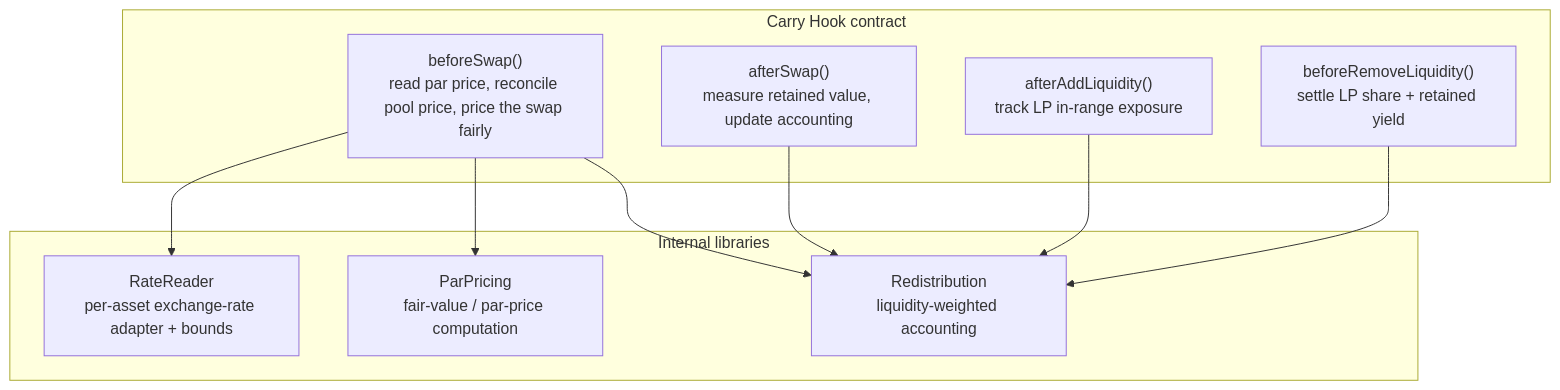
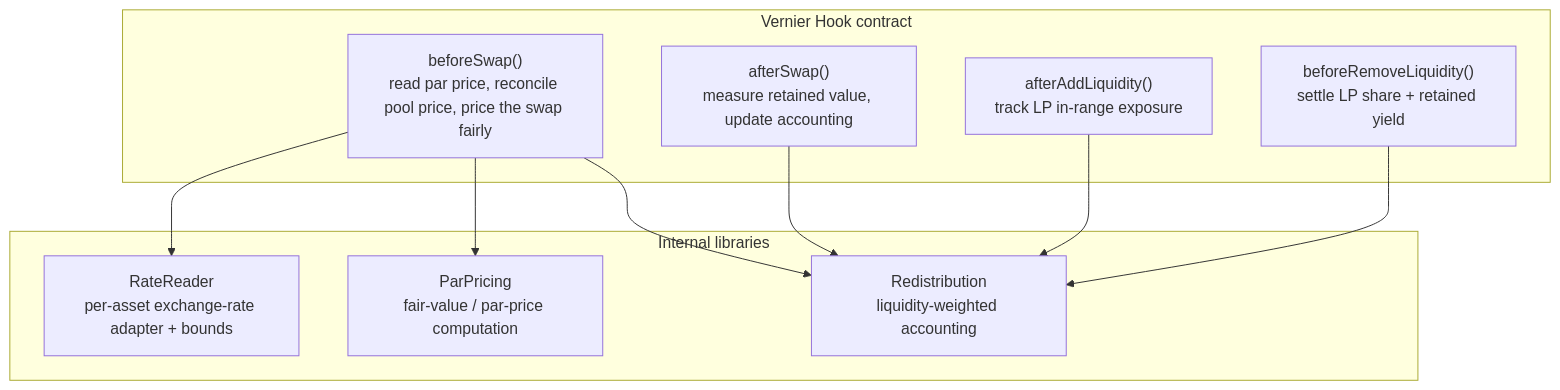
Before and after one commit to Spagero763/vernier: the second of 3 diagrams in docs/architecture.md, drawn with Mermaid. The commit also changed other lines of this file and 18 other files, not shown here.

````diff
--- a/docs/architecture.md
+++ b/docs/architecture.md
@@ -20,22 +20,22 @@
 ```mermaid
 flowchart TB
-    subgraph Hook["Carry Hook contract"]
+    subgraph Hook["Vernier Hook contract"]
         BS["beforeSwap()\nread par price, reconcile pool price, price the swap fairly"]
         AS["afterSwap()\nmeasure retained value, update accounting"]
         AL["afterAddLiquidity()\ntrack LP in-range exposure"]
         RL["beforeRemoveLiquidity()\nsettle LP share + retained yield"]
     end
 
     subgraph Libs["Internal libraries"]
         RATE["RateReader\nper-asset exchange-rate adapter + bounds"]
         PRICE["ParPricing\nfair-value / par-price computation"]
         DIST["Redistribution\nliquidity-weighted accounting"]
     end
 
     BS --> RATE
     BS --> PRICE
     BS --> DIST
     AS --> DIST
     AL --> DIST
     RL --> DIST
 ```
````
